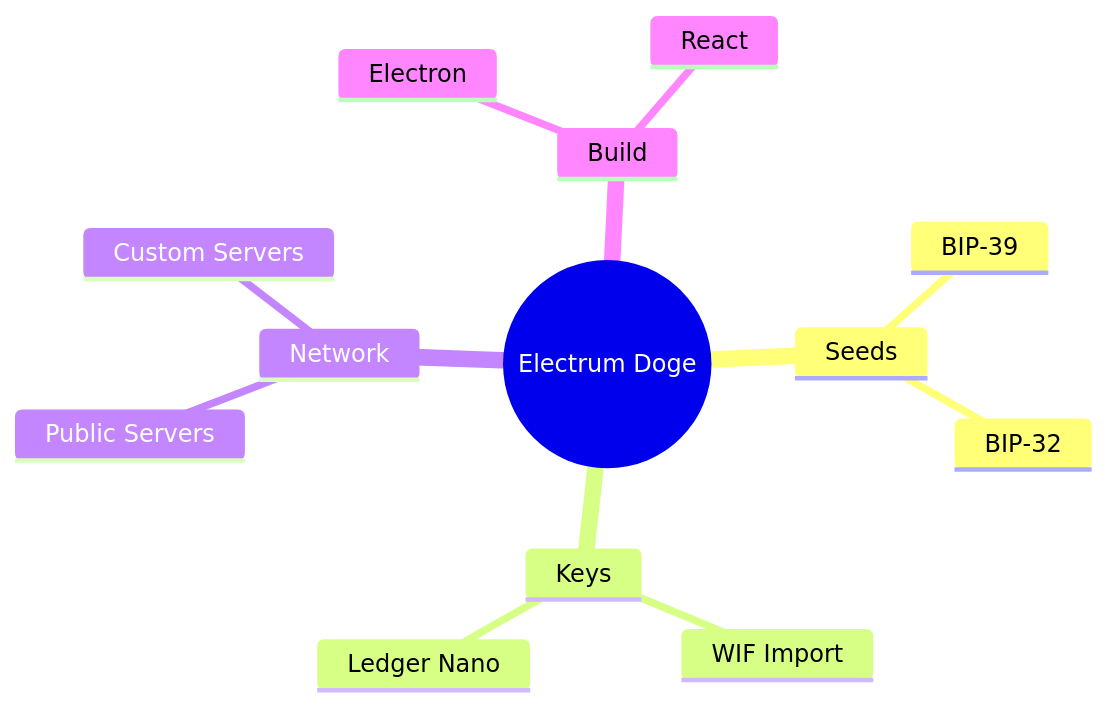
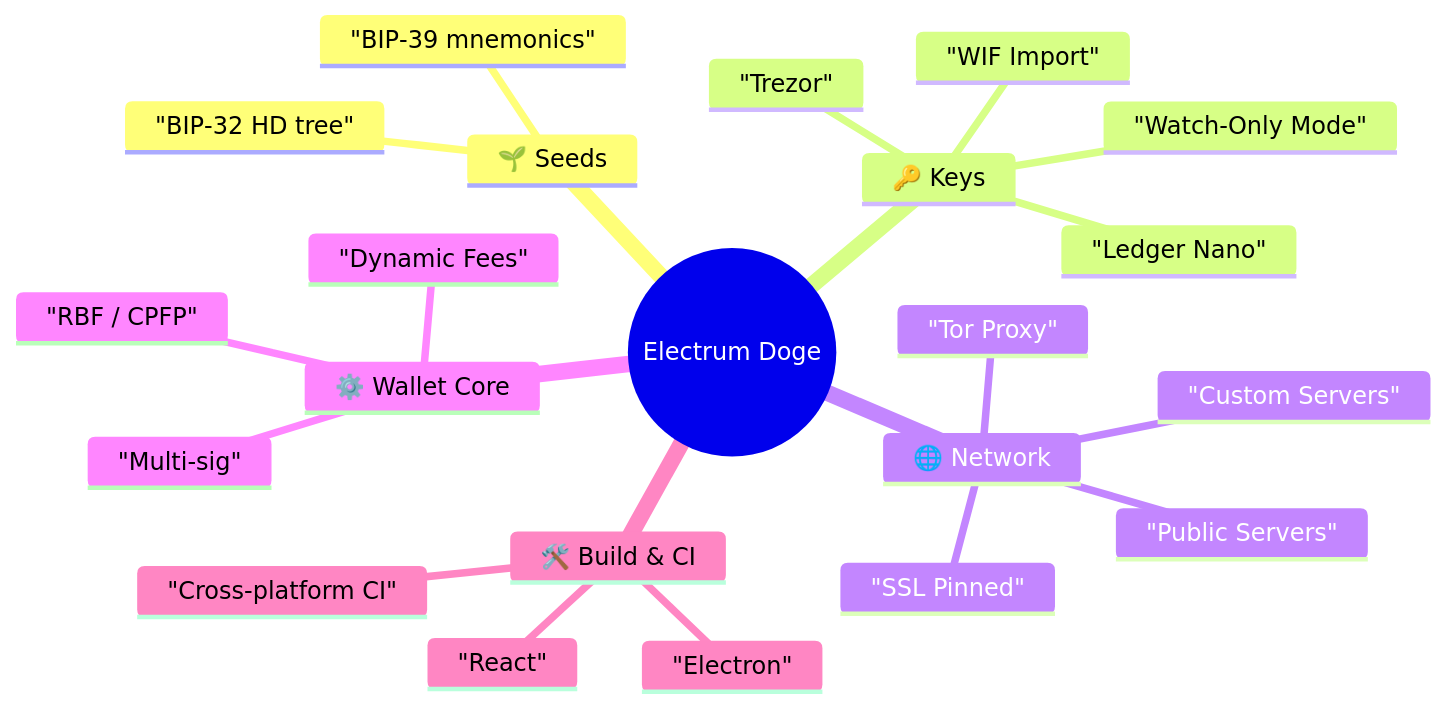
The first of 2 diagrams in README.md (brdev-c/Electrum-Doge), drawn with Mermaid before and after one commit. The commit also changed other lines of this file, not shown here.

````diff
--- a/README.md
+++ b/README.md
@@ -12,16 +20,25 @@
 ```mermaid
 mindmap
   root((Electrum Doge))
-    Seeds
-      BIP‑39   
-      BIP‑32   
-    Keys
-      WIF Import   
-      Ledger Nano  
-    Network
-      Public Servers 
-      Custom Servers 
-    Build
-      Electron   
-      React  
+    🌱 Seeds
+      "BIP‑39 mnemonics"
+      "BIP‑32 HD tree"
+    🔑 Keys
+      "WIF Import"
+      "Ledger Nano"
+      "Trezor"
+      "Watch‑Only Mode"
+    🌐 Network
+      "Public Servers"
+      "Custom Servers"
+      "Tor Proxy"
+      "SSL Pinned"
+    ⚙️ Wallet Core
+      "Multi‑sig"
+      "Dynamic Fees"
+      "RBF / CPFP"
+    🛠️ Build & CI
+      "Electron"
+      "React"
+      "Cross‑platform CI"
 ```
````
